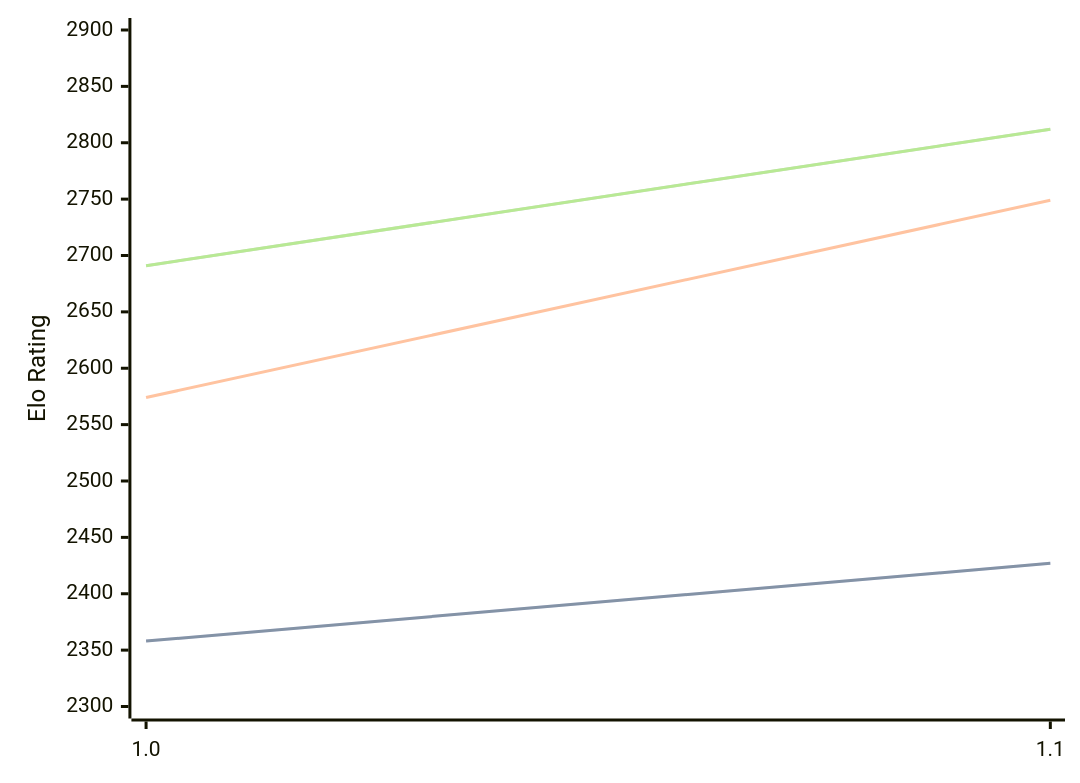
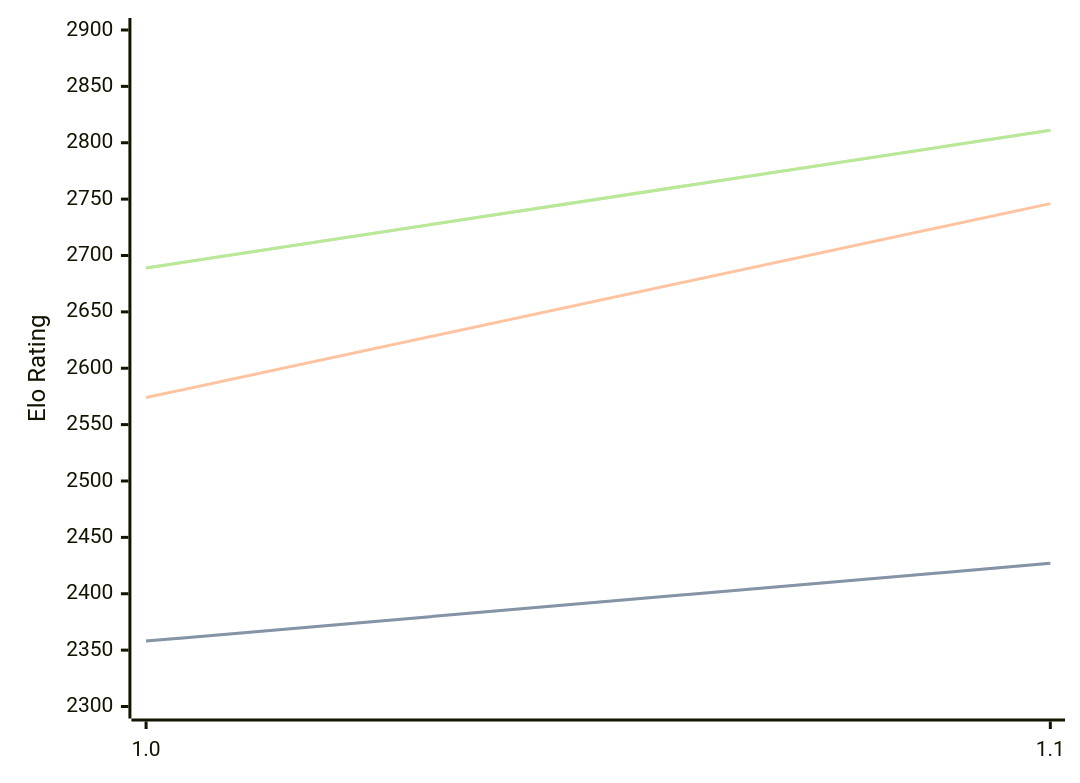
Before and after one commit to computer-chess-index/cci: the diagram in engines/FoxChess.md, drawn with Mermaid. The commit also changed other lines of this file, not shown here.

Commit message:
Update CCI Ratings (ELO VLTC) - 2026-04-26

````diff
--- a/engines/FoxChess.md
+++ b/engines/FoxChess.md
@@ -32,11 +32,11 @@
 ```mermaid
 %%{init: {"theme":"base","themeVariables":{"seriesColors:['#a3a3a3','#222221','#faa371']}}}%%
 xychart-beta
   x-axis ["1.0", "1.1"]
   y-axis "Elo Rating" 2300 --> 2900
   line "STC (8.0+0.08s)" [2358, 2427]
   line "STC (8.0+0.08s)" [2358, 2427]
-  line "LTC (60.0+0.60s)" [2574, 2749]
-  line "VLTC (2m24s+1.12s)" [2691, 2812]
-  line "VLTC (2m24s+1.12s)" [2691, 2812]
+  line "LTC (60.0+0.60s)" [2574, 2746]
+  line "VLTC (2m24s+1.12s)" [2689, 2811]
+  line "VLTC (2m24s+1.12s)" [2689, 2811]
 ```
````
